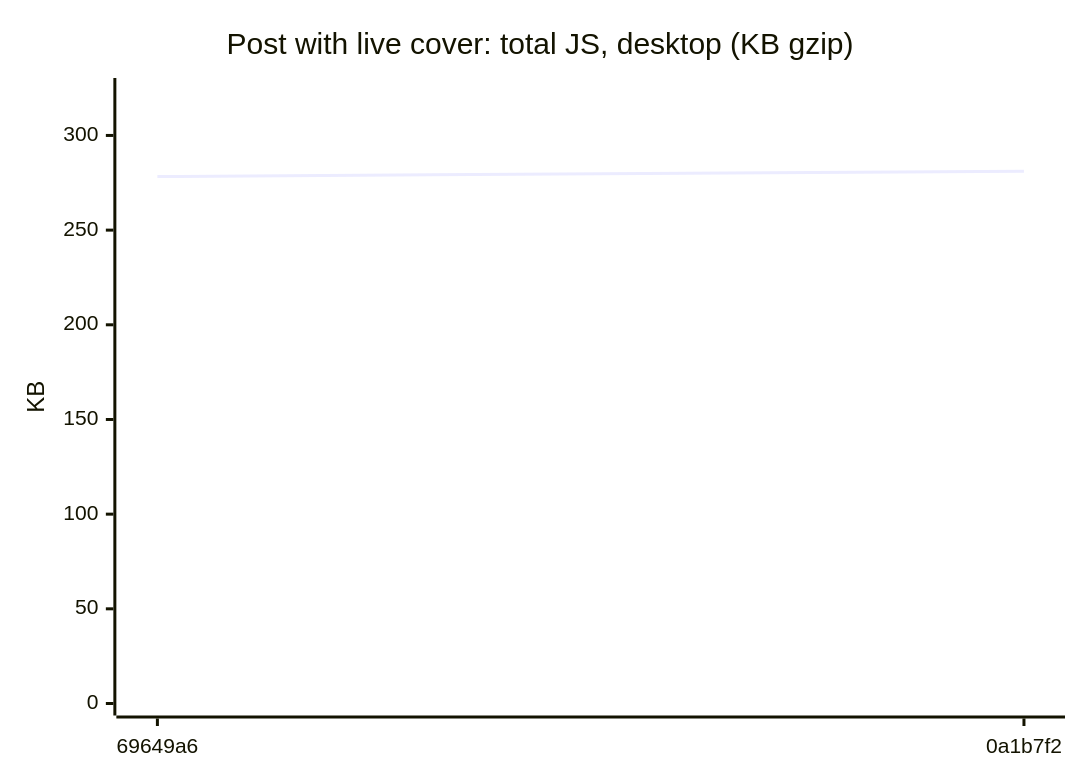
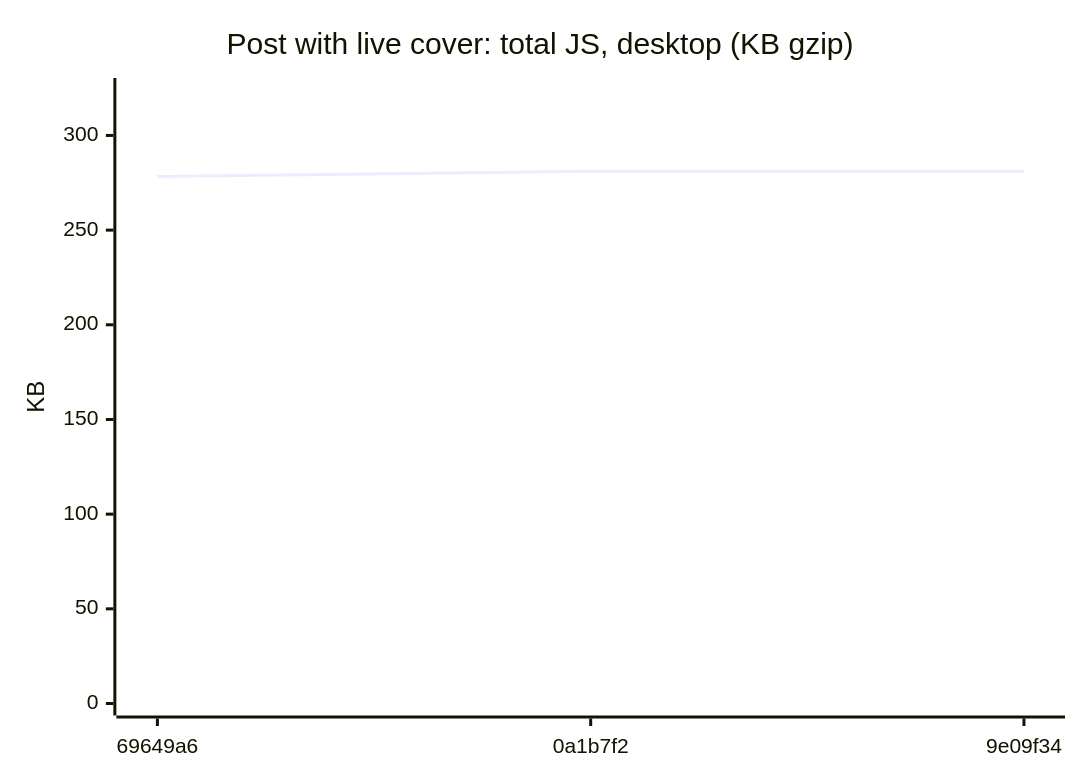
Before and after one commit to AxelUser/maltsev.space: diagram 13 of 18 in README.md, drawn with Mermaid. The commit also changed other lines of this file and 1 other file, not shown here.

````diff
--- a/README.md
+++ b/README.md
@@ -143,7 +143,7 @@
 ```mermaid
 xychart-beta
   title "Post with live cover: total JS, desktop (KB gzip)"
-  x-axis ["69649a6", "0a1b7f2"]
+  x-axis ["69649a6", "0a1b7f2", "9e09f34"]
   y-axis "KB" 0 --> 324
-  line [278.3, 281.1]
+  line [278.3, 281.1, 281.1]
 ```
````
